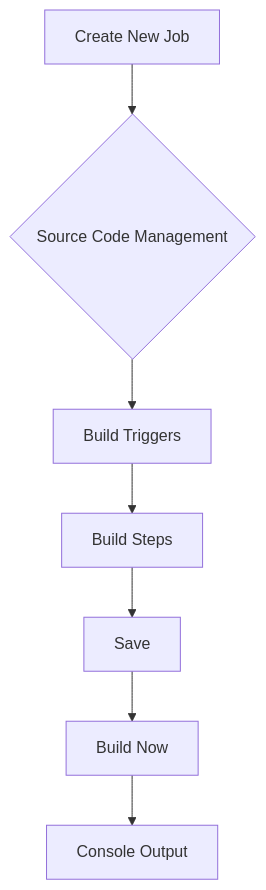
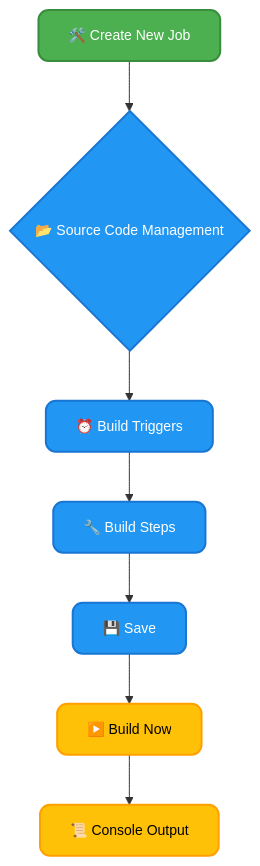
One commit to infoyouth/infoyouth.github.io changed the fourth of 5 diagrams in _posts/2025-01-20-04.-continuous-integration-(ci).md. Above: the diagram before and after it, drawn with Mermaid. The commit also changed other lines of this file, not shown here.

````diff
--- a/_posts/2025-01-20-04.-continuous-integration-(ci).md
+++ b/_posts/2025-01-20-04.-continuous-integration-(ci).md
@@ -252,9 +286,22 @@
 ```mermaid
 graph TD
-    A[Create New Job] --> B{Source Code Management};
-    B --> C[Build Triggers];
-    C --> D[Build Steps];
-    D --> E[Save];
-    E --> F[Build Now];
-    F --> G[Console Output];
+    A["🛠️ Create New Job"] --> B{"📂 Source Code Management"};
+    B --> C["⏰ Build Triggers"];
+    C --> D["🔧 Build Steps"];
+    D --> E["💾 Save"];
+    E --> F["▶️ Build Now"];
+    F --> G["📜 Console Output"];
+
+    classDef stepStyle fill:#4CAF50,stroke:#388E3C,color:#FFFFFF,font-size:14px,stroke-width:2px,rx:10,shadow:3px;
+    classDef actionStyle fill:#2196F3,stroke:#1976D2,color:#FFFFFF,font-size:14px,stroke-width:2px,rx:10,shadow:3px;
+    classDef finalStyle fill:#FFC107,stroke:#FFA000,color:#000000,font-size:14px,stroke-width:2px,rx:10,shadow:3px;
+
+    class A stepStyle;
+    class B actionStyle;
+    class C actionStyle;
+    class D actionStyle;
+    class E actionStyle;
+    class F finalStyle;
+    class G finalStyle;
+
 ```
````
